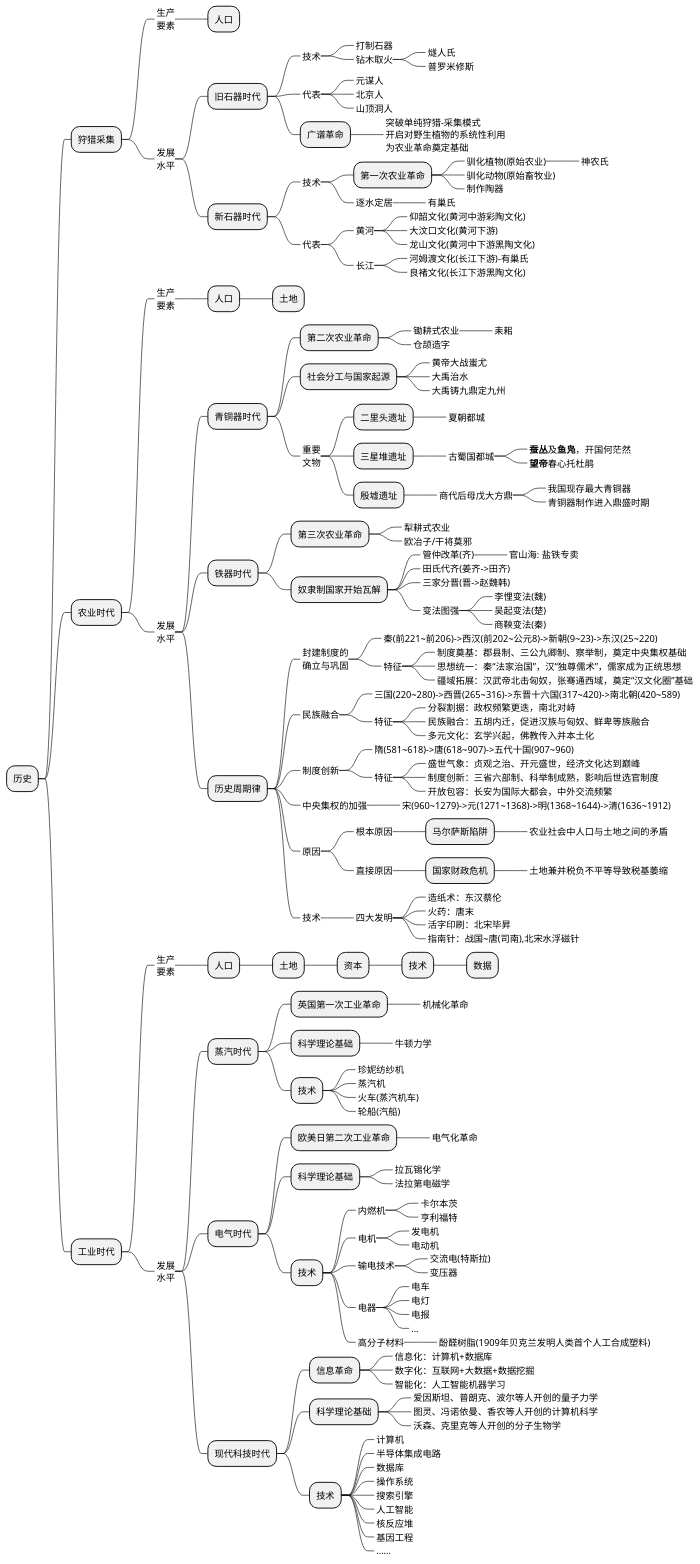
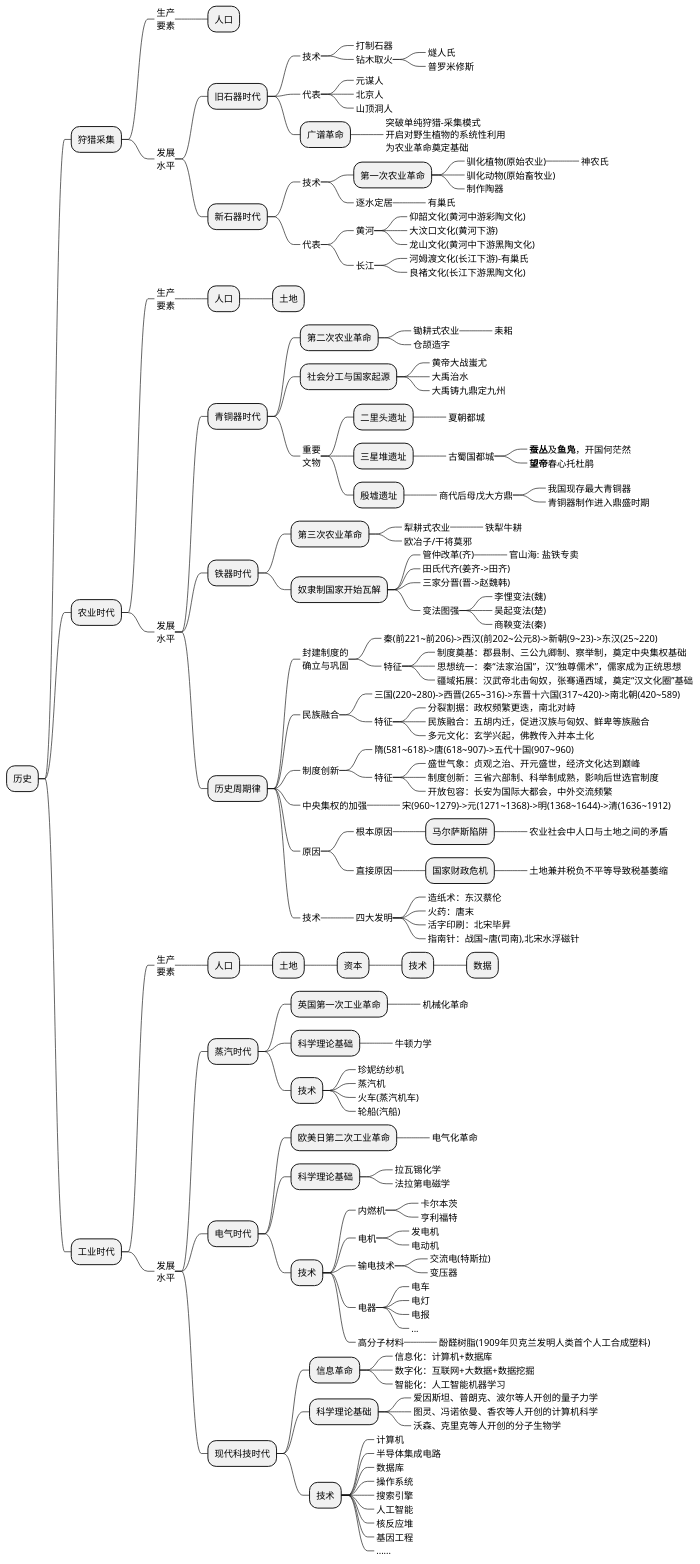
The first of 2 diagrams in source/_posts/economic/economic_and_history.md (holmofy/blog.hufeifei.cn), drawn with PlantUML before and after one commit.

```diff
--- a/source/_posts/economic/economic_and_history.md
+++ b/source/_posts/economic/economic_and_history.md
@@ -81,6 +81,7 @@
 ++++ 铁器时代
 +++++ 第三次农业革命
 ++++++_ 犁耕式农业
++++++++_ 铁犁牛耕
 ++++++_ 欧冶子/干将莫邪
 +++++ 奴隶制国家开始瓦解
 ++++++_ 管仲改革(齐)
```
